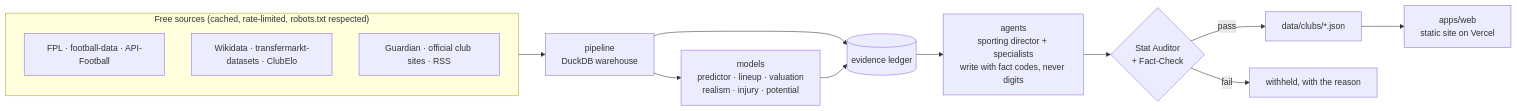
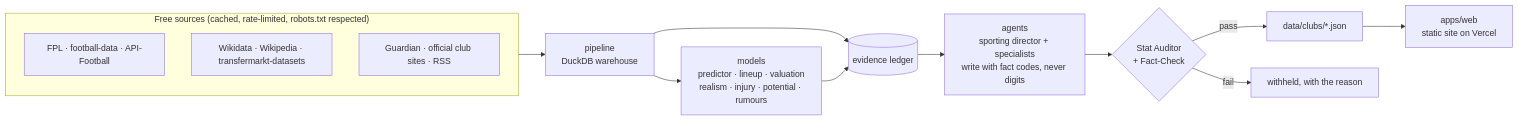
The diagram in README.md (1932819331hy-debug/dugout), drawn with Mermaid before and after one commit. The commit also changed other lines of this file, not shown here.

Commit message:
README: what you get per club, how it works, six leagues, rumour track record, current limitations

````diff
--- a/README.md
+++ b/README.md
@@ -25,17 +36,17 @@
 ```mermaid
 flowchart LR
   subgraph Sources["Free sources (cached, rate-limited, robots.txt respected)"]
     S1[FPL · football-data · API-Football]
-    S2[Wikidata · transfermarkt-datasets · ClubElo]
+    S2[Wikidata · Wikipedia · transfermarkt-datasets]
     S3[Guardian · official club sites · RSS]
   end
   Sources --> P[pipeline<br/>DuckDB warehouse]
-  P --> M[models<br/>predictor · lineup · valuation<br/>realism · injury · potential]
+  P --> M[models<br/>predictor · lineup · valuation<br/>realism · injury · potential · rumours]
   P --> L[(evidence ledger)]
   M --> L
   L --> A[agents<br/>sporting director + specialists<br/>write with fact codes, never digits]
   A --> V{Stat Auditor<br/>+ Fact-Check}
   V -- pass --> J[data/clubs/*.json]
   V -- fail --> W[withheld, with the reason]
   J --> Web[apps/web<br/>static site on Vercel]
 ```
````
